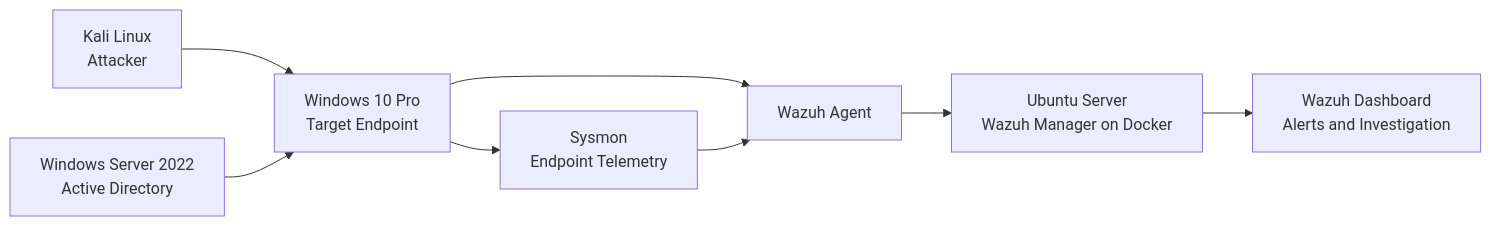
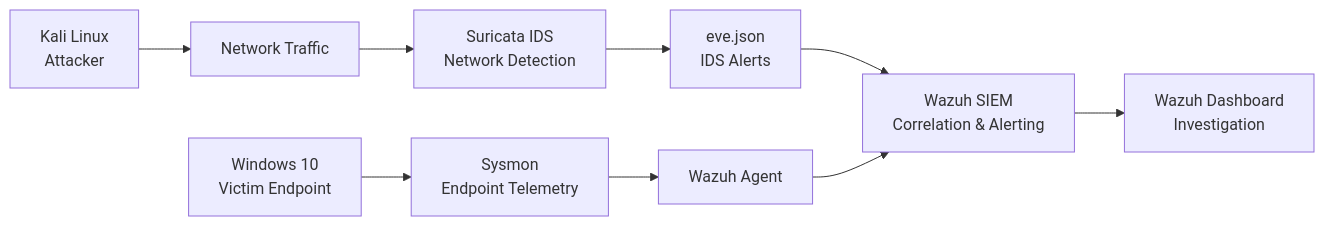
Before and after one commit to BenmezOthmane/Modern-Defense-Pipeline-Lab: the diagram in README.md, drawn with Mermaid. The commit also changed other lines of this file, not shown here.

````diff
--- a/README.md
+++ b/README.md
@@ -63,10 +65,11 @@
 ```mermaid
 flowchart LR
-    Kali["Kali Linux<br>Attacker"] --> Win10["Windows 10 Pro<br>Target Endpoint"]
-    WinServer["Windows Server 2022<br>Active Directory"] --> Win10
-    Win10 --> Sysmon["Sysmon<br>Endpoint Telemetry"]
-    Win10 --> Agent["Wazuh Agent"]
-    Sysmon --> Agent
-    Agent --> Wazuh["Ubuntu Server<br>Wazuh Manager on Docker"]
-    Wazuh --> Dashboard["Wazuh Dashboard<br>Alerts and Investigation"]
+    Kali["Kali Linux<br>Attacker"] --> Traffic["Network Traffic"]
+    Traffic --> Suricata["Suricata IDS<br>Network Detection"]
+    Suricata --> Eve["eve.json<br>IDS Alerts"]
+    Eve --> Wazuh["Wazuh SIEM<br>Correlation & Alerting"]
+    Win10["Windows 10<br>Victim Endpoint"] --> Sysmon["Sysmon<br>Endpoint Telemetry"]
+    Sysmon --> Agent["Wazuh Agent"]
+    Agent --> Wazuh
+    Wazuh --> Dashboard["Wazuh Dashboard<br>Investigation"]
 ```
````
